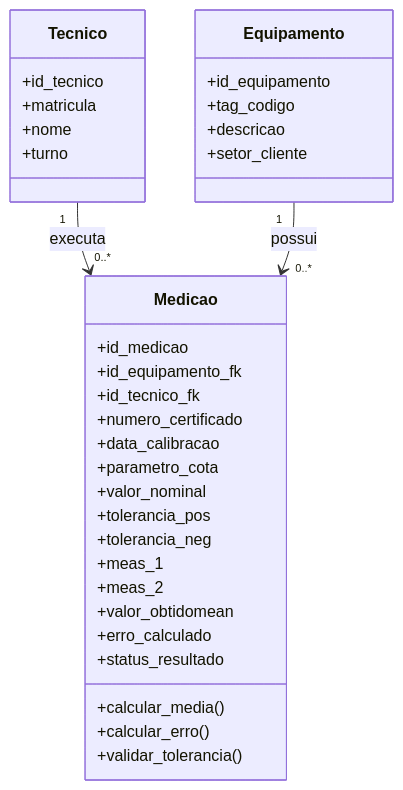
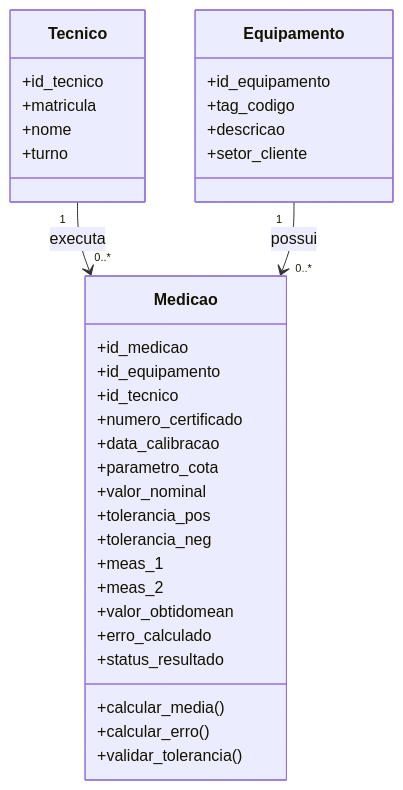
Before and after one commit to ProjetoAplicado1/projeto-schulz-entrega02: the diagram in projeto_schulz_entrega2/06_mvp_parte1.md, drawn with Mermaid. The commit also changed other lines of this file and 1 other file, not shown here.

````diff
--- a/projeto_schulz_entrega2/06_mvp_parte1.md
+++ b/projeto_schulz_entrega2/06_mvp_parte1.md
@@ -62,39 +62,39 @@
 ```mermaid
 classDiagram
     class Tecnico {
         +id_tecnico
         +matricula
         +nome
         +turno
     }
 
     class Equipamento {
         +id_equipamento
         +tag_codigo
         +descricao
         +setor_cliente
     }
 
     class Medicao {
         +id_medicao
-        +id_equipamento_fk
-        +id_tecnico_fk
+        +id_equipamento
+        +id_tecnico
         +numero_certificado
         +data_calibracao
         +parametro_cota
         +valor_nominal
         +tolerancia_pos
         +tolerancia_neg
         +meas_1
         +meas_2
         +valor_obtidomean
         +erro_calculado
         +status_resultado
         +calcular_media()
         +calcular_erro()
         +validar_tolerancia()
     }
 
     Tecnico "1" --> "0..*" Medicao : executa
     Equipamento "1" --> "0..*" Medicao : possui
 ```
````
